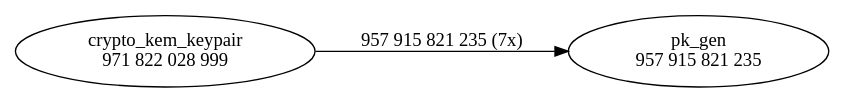
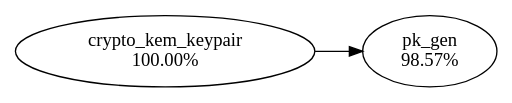
Before and after one commit to profiling-pqc-kem-thesis/data: the diagram in classic-mceliece/hot-paths/8192128/crypto_kem_keypair.dot, drawn with Graphviz. The commit also changed 12 other files, not shown here.

```diff
--- a/classic-mceliece/hot-paths/8192128/crypto_kem_keypair.dot
+++ b/classic-mceliece/hot-paths/8192128/crypto_kem_keypair.dot
@@ -1,6 +1,6 @@
 digraph "callgraph" {
   rankdir=LR;
-  F556254a58570 [label="crypto_kem_keypair\n971 822 028 999"];
-  F556254a79570 [label="pk_gen\n957 915 821 235"];
-  F556254a58570 -> F556254a79570 [weight=3,label="957 915 821 235 (7x)"];
+  F556254a58570 [label="crypto_kem_keypair\n100.00%"];
+  F556254a79570 [label="pk_gen\n98.57%"];
+  F556254a58570 -> F556254a79570
 }
```
